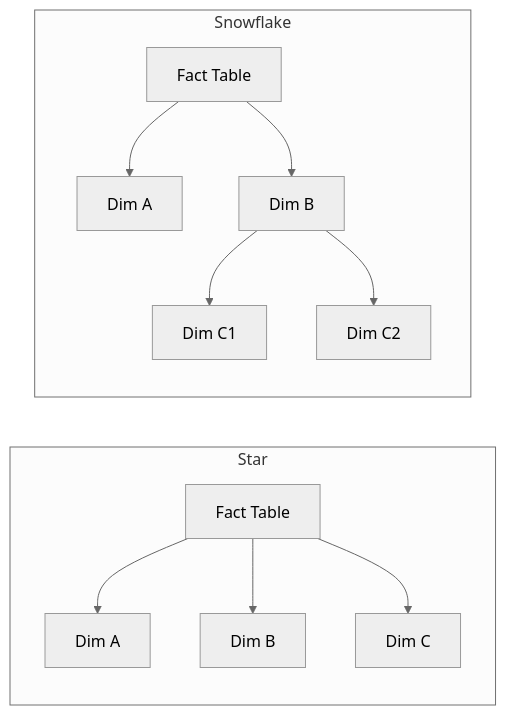
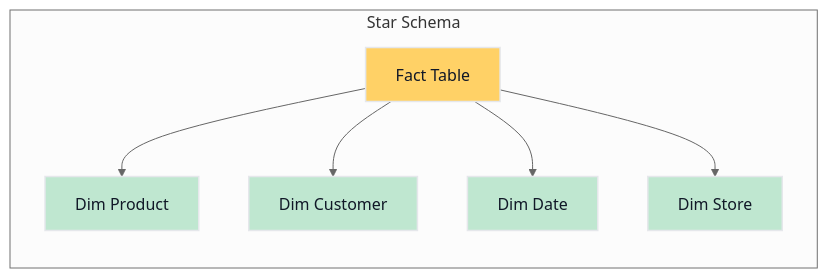
Before and after one commit to tinitiateprime/tinitiate-data-engineering: the first of 3 diagrams in star-snowflake.md, drawn with Mermaid (neutral theme). The commit also changed other lines of this file and 1 other file, not shown here.

````diff
--- a/star-snowflake.md
+++ b/star-snowflake.md
@@ -15,23 +150,20 @@
 ```mermaid
 flowchart LR
-    subgraph Star
+    subgraph Star_Schema[Star Schema]
         F1[Fact Table]
-        D1[Dim A]
-        D2[Dim B]
-        D3[Dim C]
+        D1[Dim Product]
+        D2[Dim Customer]
+        D3[Dim Date]
+        D4[Dim Store]
+
         F1 --> D1
         F1 --> D2
         F1 --> D3
+        F1 --> D4
     end
-    subgraph Snowflake
-        F2[Fact Table]
-        D4[Dim A]
-        D5[Dim B]
-        D6[Dim C1]
-        D7[Dim C2]
-        F2 --> D4
-        F2 --> D5
-        D5 --> D6
-        D5 --> D7
-    end
-``` 
+    style F1 fill:#FFD166,stroke:#E5E7EB,stroke-width:1.5px,color:#111827
+    style D1 fill:#BFE7D0,stroke:#E5E7EB,stroke-width:1.5px,color:#111827
+    style D2 fill:#BFE7D0,stroke:#E5E7EB,stroke-width:1.5px,color:#111827
+    style D3 fill:#BFE7D0,stroke:#E5E7EB,stroke-width:1.5px,color:#111827
+    style D4 fill:#BFE7D0,stroke:#E5E7EB,stroke-width:1.5px,color:#111827   
+ ``` 
````
